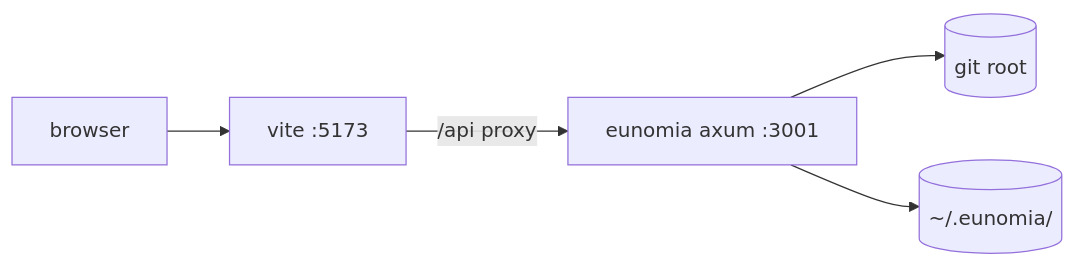
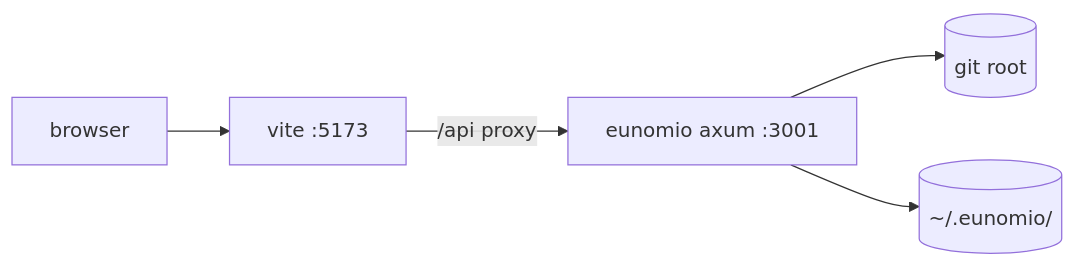
The first of 2 diagrams in ARCHITECTURE.md (James-Mart/eunomio), drawn with Mermaid before and after one commit. The commit also changed other lines of this file and 62 other files, not shown here.

````diff
--- a/ARCHITECTURE.md
+++ b/ARCHITECTURE.md
@@ -11,13 +11,13 @@
 ```mermaid
 flowchart LR
   browser["browser"]
   vite["vite :5173"]
-  rust["eunomia axum :3001"]
+  rust["eunomio axum :3001"]
   repo[("git root")]
-  state[("~/.eunomia/")]
+  state[("~/.eunomio/")]
 
   browser --> vite
   vite -->|"/api proxy"| rust
   rust --> repo
   rust --> state
 ```
````
